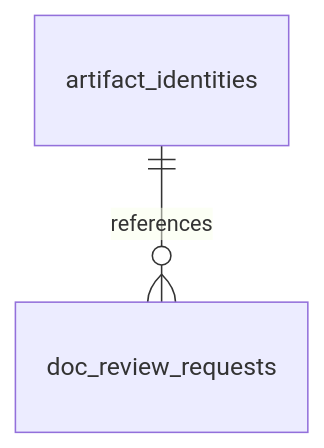
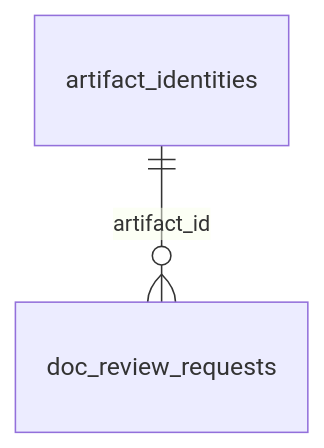
Before and after one commit to cebertowicz/corsia: the fourth of 4 diagrams in docs/reference/data-model/documents-and-artifacts.md, drawn with Mermaid. The commit also changed other lines of this file and 10 other files, not shown here.

````diff
--- a/docs/reference/data-model/documents-and-artifacts.md
+++ b/docs/reference/data-model/documents-and-artifacts.md
@@ -30,4 +30,4 @@
 ```mermaid
 erDiagram
-    artifact_identities ||--o{ doc_review_requests : references
+    artifact_identities ||--o{ doc_review_requests : artifact_id
 ```
````
